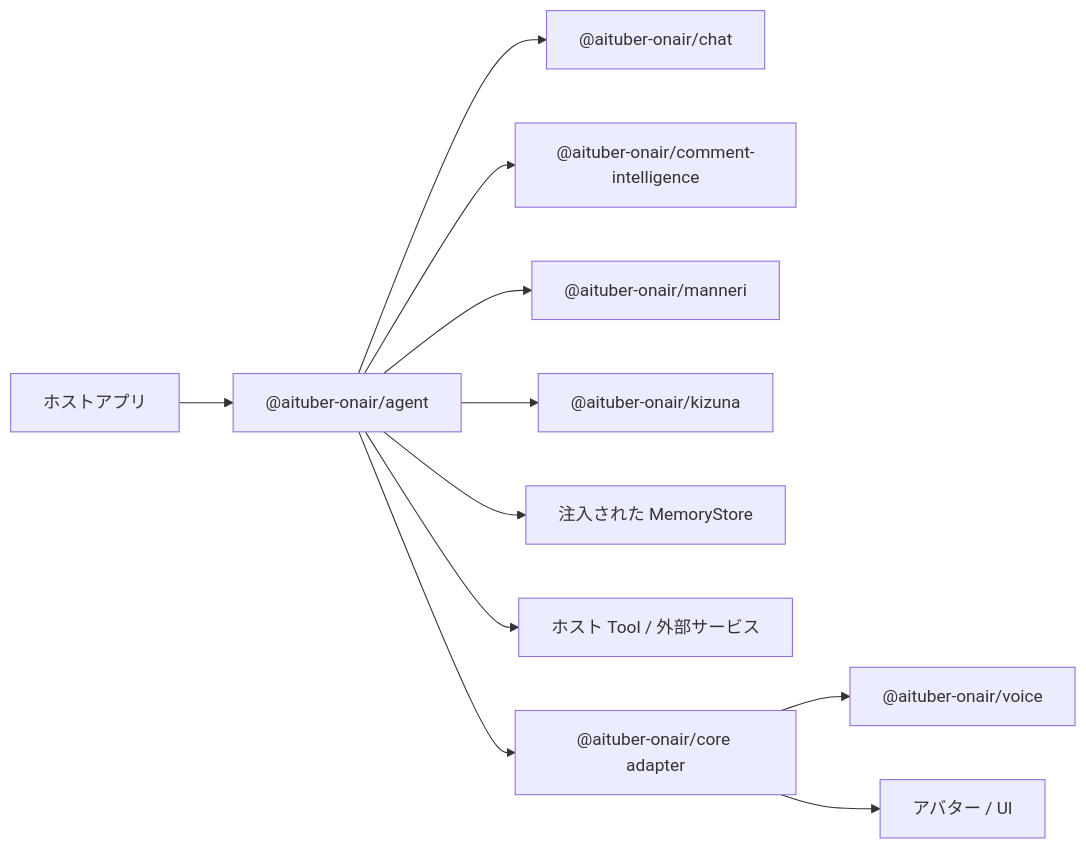
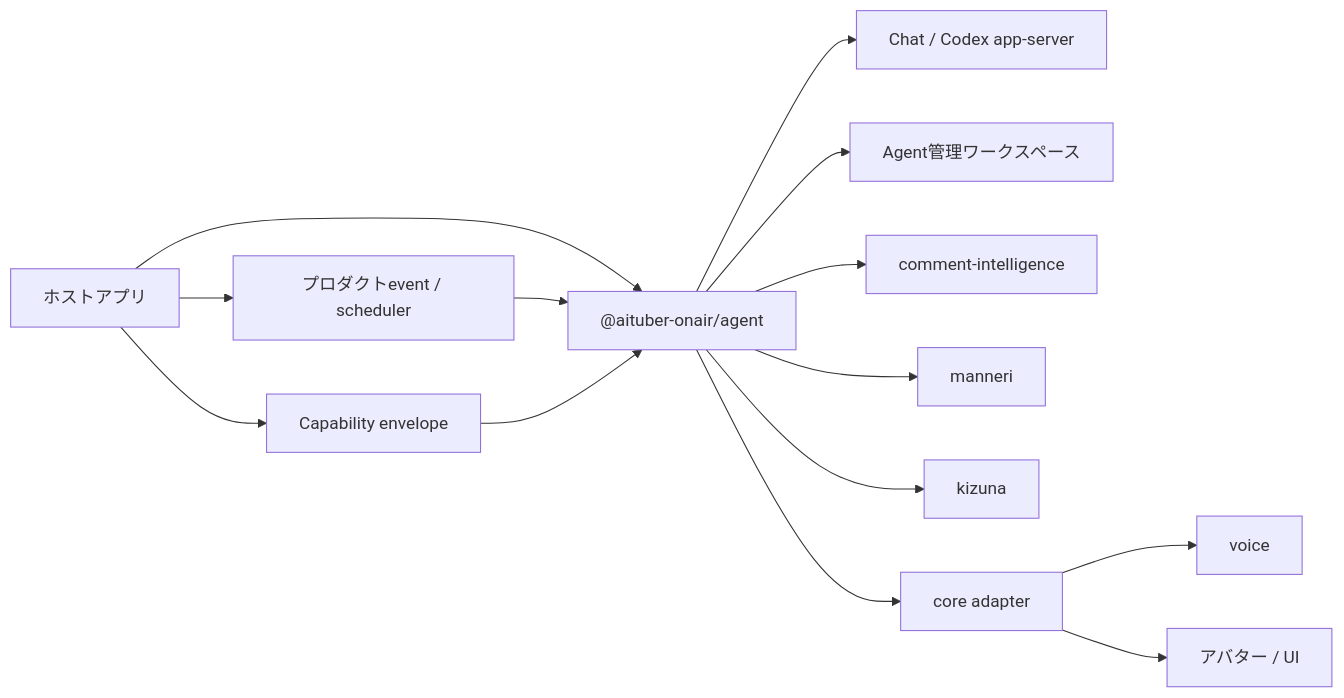
Before and after one commit to shinshin86/aituber-onair: the diagram in packages/agent/README.ja.md, drawn with Mermaid. The commit also changed other lines of this file and 12 other files, not shown here.

````diff
--- a/packages/agent/README.ja.md
+++ b/packages/agent/README.ja.md
@@ -97,13 +151,16 @@
 ```mermaid
 flowchart LR
     Host["ホストアプリ"] --> Agent["@aituber-onair/agent"]
-    Agent --> Chat["@aituber-onair/chat"]
-    Agent --> CI["@aituber-onair/comment-intelligence"]
-    Agent --> Manneri["@aituber-onair/manneri"]
-    Agent --> Kizuna["@aituber-onair/kizuna"]
-    Agent --> Memory["注入された MemoryStore"]
-    Agent --> Tools["ホスト Tool / 外部サービス"]
-    Agent --> Core["@aituber-onair/core adapter"]
-    Core --> Voice["@aituber-onair/voice"]
+    Host --> Events["プロダクトevent / scheduler"]
+    Events --> Agent
+    Host --> Envelope["Capability envelope"]
+    Envelope --> Agent
+    Agent --> Backend["Chat / Codex app-server"]
+    Agent --> Workspace["Agent管理ワークスペース"]
+    Agent --> CI["comment-intelligence"]
+    Agent --> Manneri["manneri"]
+    Agent --> Kizuna["kizuna"]
+    Agent --> Core["core adapter"]
+    Core --> Voice["voice"]
     Core --> Avatar["アバター / UI"]
 ```
````
